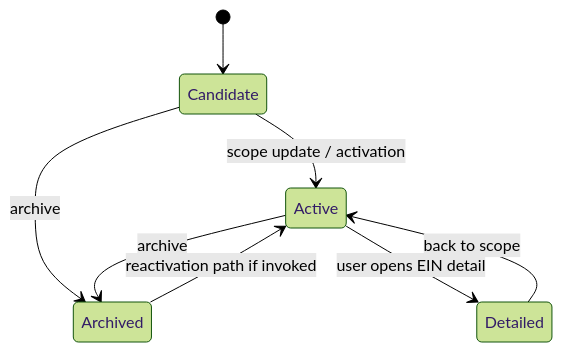
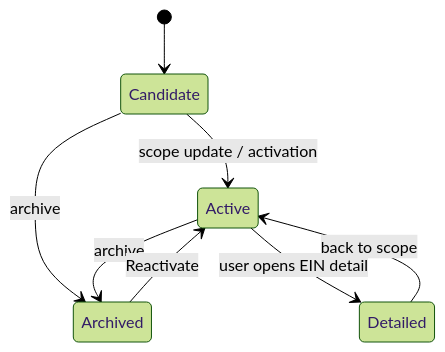
One commit to brianwjohnson/tbd changed the fourth of 6 diagrams in docs/architecture/04-key-business-workflows.md. Above: the diagram before and after it, drawn with Mermaid (forest theme). The commit also changed other lines of this file and 2 other files, not shown here.

Commit message:
solution architecture diagrams

````diff
--- a/docs/architecture/04-key-business-workflows.md
+++ b/docs/architecture/04-key-business-workflows.md
@@ -75,10 +75,10 @@
 ```mermaid
 stateDiagram-v2
   [*] --> Candidate
   Candidate --> Active: scope update / activation
   Candidate --> Archived: archive
   Active --> Archived: archive
-  Archived --> Active: reactivation path if invoked
+  Archived --> Active: Reactivate
   Active --> Detailed: user opens EIN detail
   Detailed --> Active: back to scope
 ```
````
